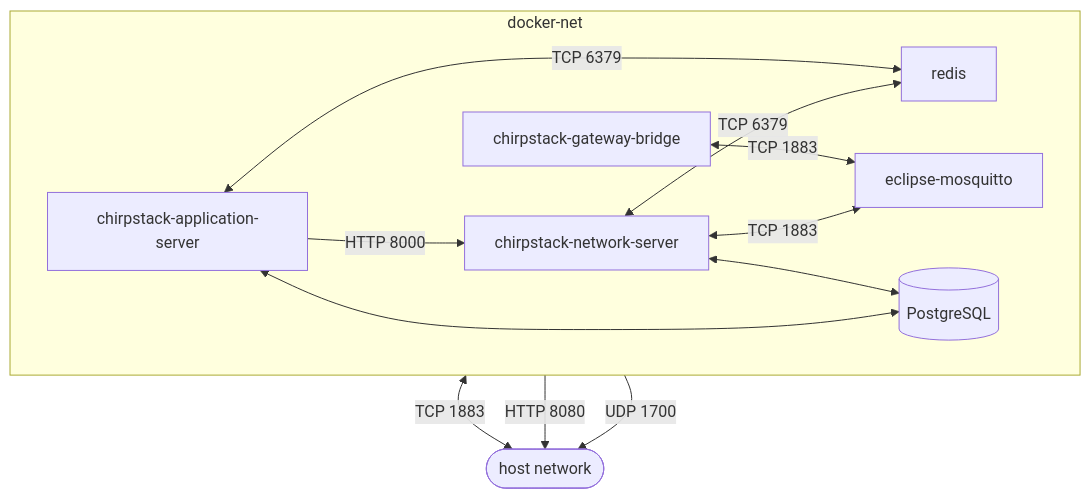
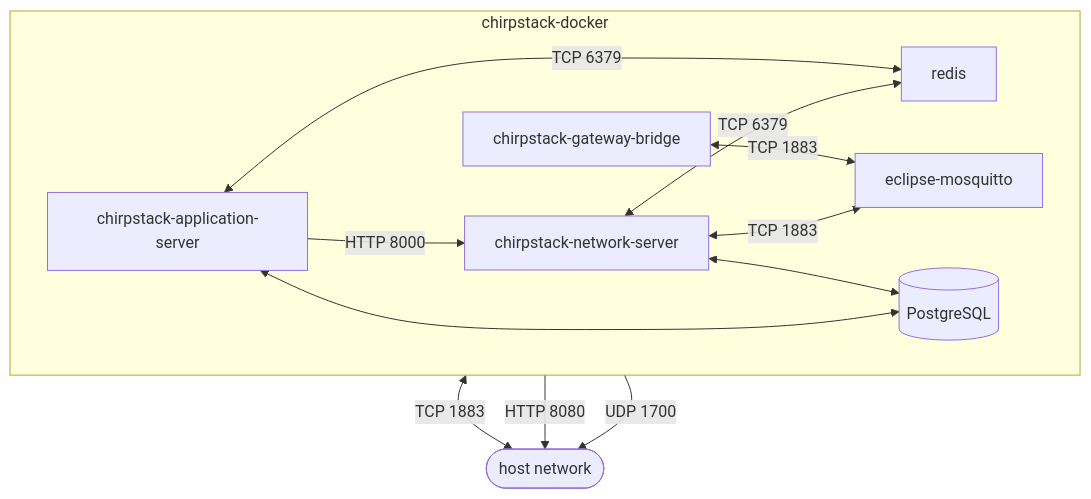
One commit to monemasrl/irma changed the second of 4 diagrams in README.md. Above: the diagram before and after it, drawn with Mermaid. The commit also changed other lines of this file, not shown here.

````diff
--- a/README.md
+++ b/README.md
@@ -55,21 +55,21 @@
 ```mermaid
 graph TD;
-subgraph docker-net;
+subgraph chirpstack-docker;
   direction LR;
     redis[redis]
     cgb[chirpstack-gateway-bridge]
     cns[chirpstack-network-server]
     cas[chirpstack-application-server]
     mqtt[eclipse-mosquitto]
     db[(PostgreSQL)]
 
     cas -- HTTP 8000 --> cns
     cgb & cns <-- TCP 1883 --> mqtt
     cas & cns <-- TCP 6379 --> redis
     cns & cas <--> db
 end
 out([host network])
 mqtt <-- TCP 1883 --> out
 cas -- HTTP 8080 --> out
 cgb -- UDP 1700 --> out
 ```
````
